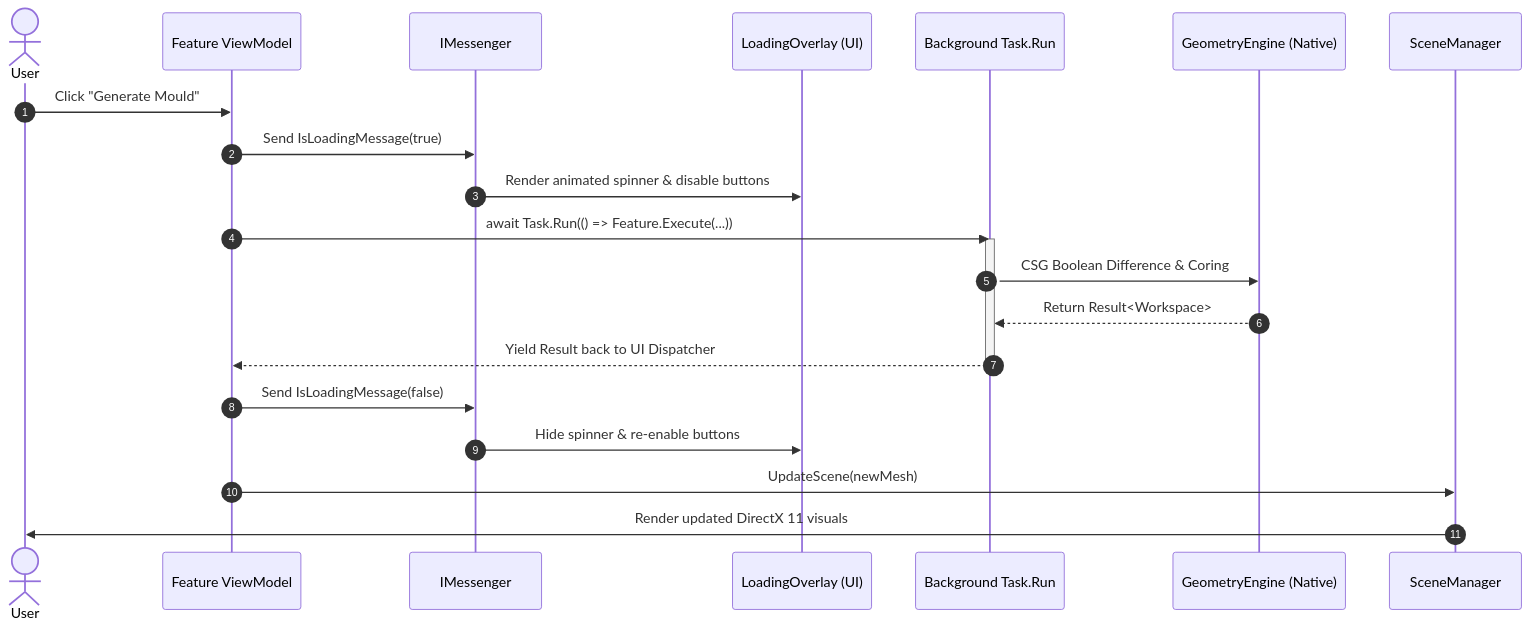
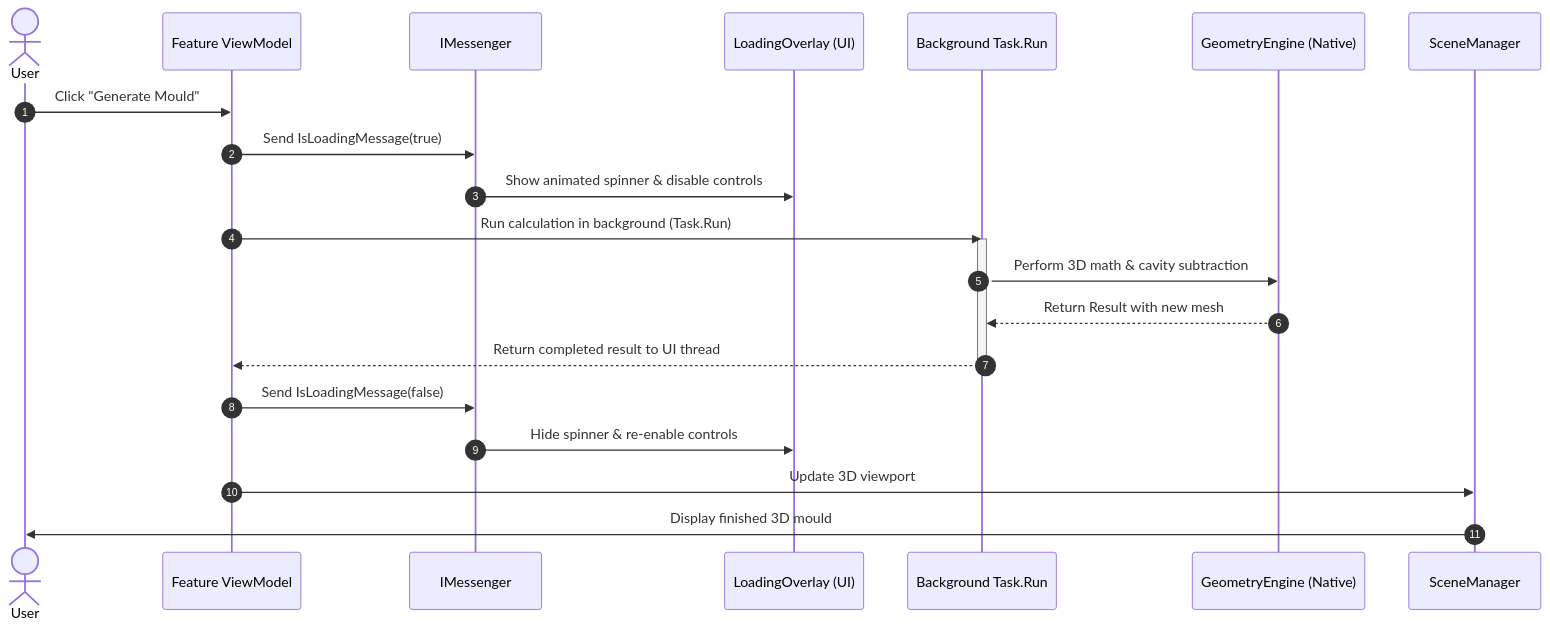
One commit to nsmela/Fabolus changed the diagram in docs/architecture/01-system-architecture.md. Above: the diagram before and after it, drawn with Mermaid. The commit also changed other lines of this file, not shown here.

Commit message:
docs(architecture): simplify language, explain immutability, command storage, memory safety, and dependency rationales

````diff
--- a/docs/architecture/01-system-architecture.md
+++ b/docs/architecture/01-system-architecture.md
@@ -106,25 +132,25 @@
 ```mermaid
 sequenceDiagram
     autonumber
     actor User
     participant VM as Feature ViewModel
     participant Msg as IMessenger
     participant UI as LoadingOverlay (UI)
     participant Worker as Background Task.Run
     participant Engine as GeometryEngine (Native)
     participant Scene as SceneManager
 
     User->>VM: Click "Generate Mould"
     VM->>Msg: Send IsLoadingMessage(true)
-    Msg->>UI: Render animated spinner & disable buttons
-    VM->>Worker: await Task.Run(() => Feature.Execute(...))
+    Msg->>UI: Show animated spinner & disable controls
+    VM->>Worker: Run calculation in background (Task.Run)
     activate Worker
-    Worker->>Engine: CSG Boolean Difference & Coring
-    Engine-->>Worker: Return Result<Workspace>
-    Worker-->>VM: Yield Result back to UI Dispatcher
+    Worker->>Engine: Perform 3D math & cavity subtraction
+    Engine-->>Worker: Return Result with new mesh
+    Worker-->>VM: Return completed result to UI thread
     deactivate Worker
     VM->>Msg: Send IsLoadingMessage(false)
-    Msg->>UI: Hide spinner & re-enable buttons
-    VM->>Scene: UpdateScene(newMesh)
-    Scene->>User: Render updated DirectX 11 visuals
+    Msg->>UI: Hide spinner & re-enable controls
+    VM->>Scene: Update 3D viewport
+    Scene->>User: Display finished 3D mould
 ```
````
